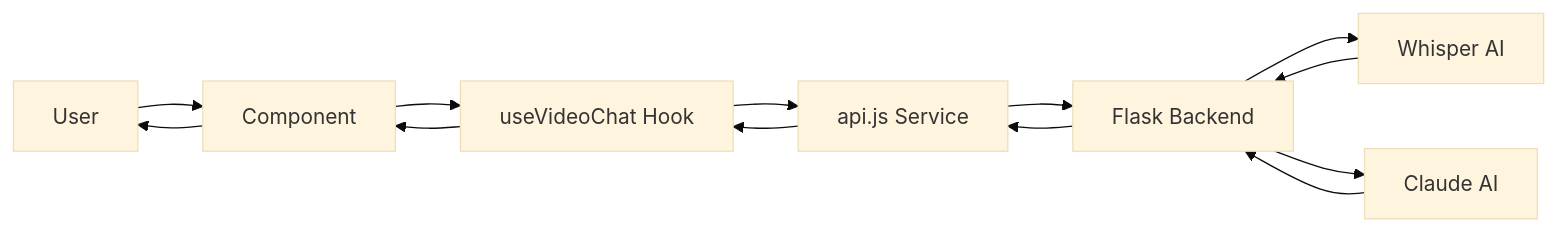
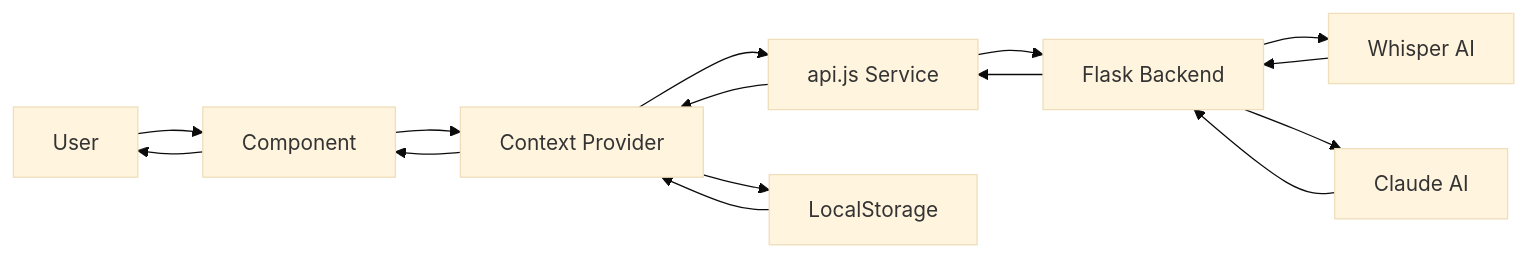
One commit to Juuzo26/YoutubeAIChat changed the diagram in Frontend/vidchat/README.md. Above: the diagram before and after it, drawn with Mermaid (base theme). The commit also changed other lines of this file, not shown here.

````diff
--- a/Frontend/vidchat/README.md
+++ b/Frontend/vidchat/README.md
@@ -248,15 +291,17 @@
 ```mermaid
 graph LR
     A[User] --> B[Component]
-    B --> C[useVideoChat Hook]
+    B --> C[Context Provider]
     C --> D[api.js Service]
     D --> E[Flask Backend]
     E --> F[Whisper AI]
     E --> G[Claude AI]
     F --> E
     G --> E
     E --> D
     D --> C
     C --> B
     B --> A
+    C --> H[LocalStorage]
+    H --> C
 ```
````
